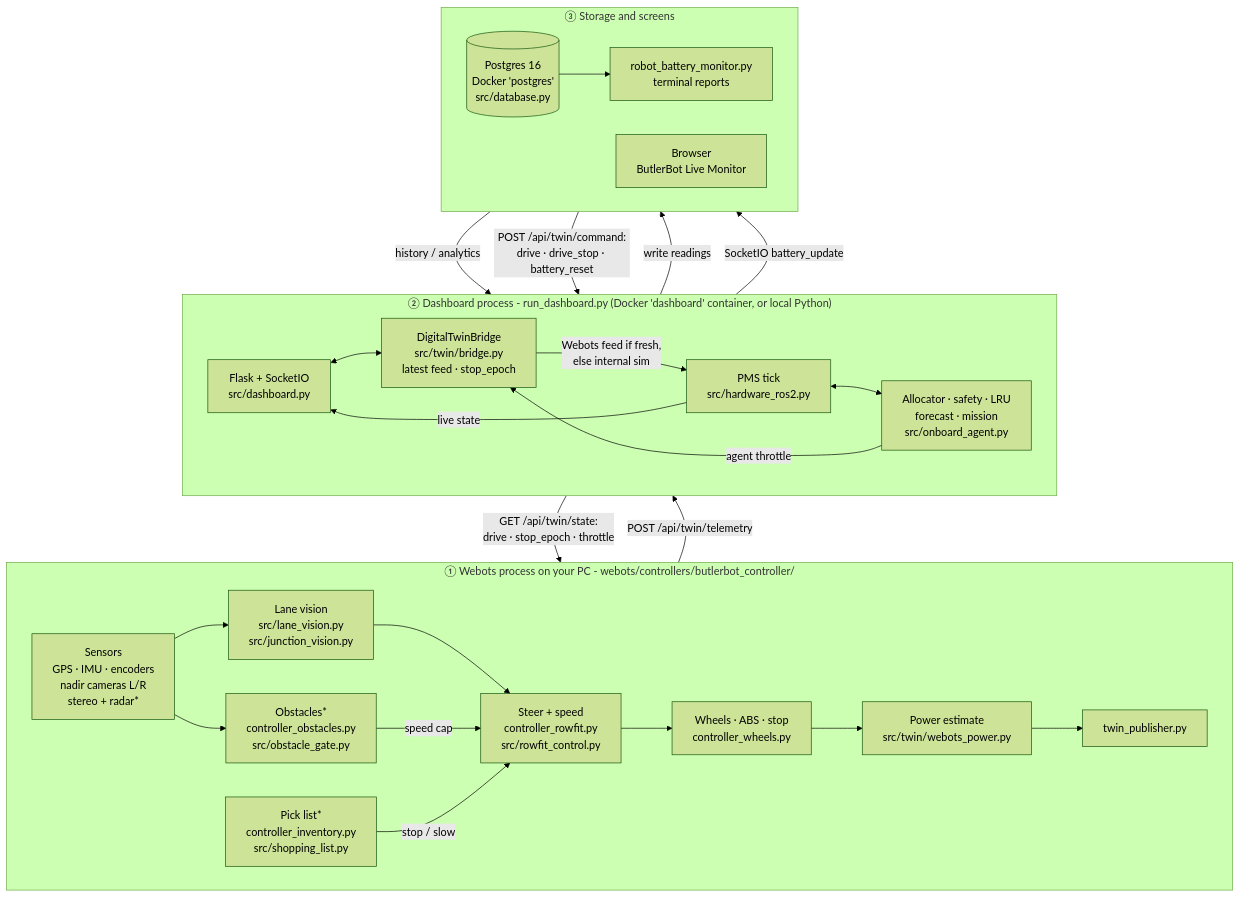
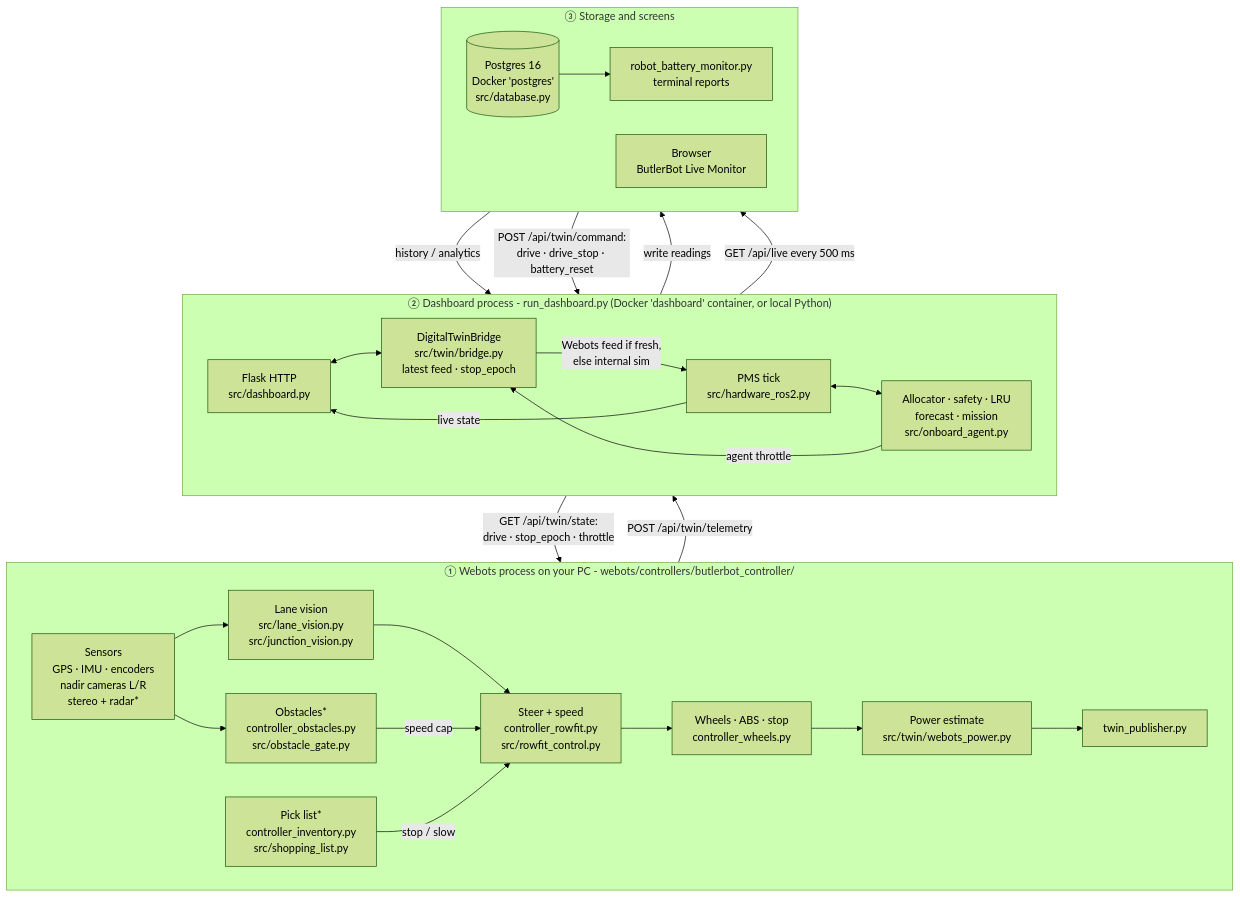
One commit to Daniel7505/robot-battery-monitor changed the third of 7 diagrams in docs/ARCHITECTURE.md. Above: the diagram before and after it, drawn with Mermaid (forest theme). The commit also changed other lines of this file and 41 other files, not shown here.

````diff
--- a/docs/ARCHITECTURE.md
+++ b/docs/ARCHITECTURE.md
@@ -135,46 +135,46 @@
 ```mermaid
 flowchart TB
     subgraph HOST["① Webots process on your PC - webots/controllers/butlerbot_controller/"]
         direction LR
         SENS["Sensors<br/>GPS · IMU · encoders<br/>nadir cameras L/R<br/>stereo + radar*"]
         VIS["Lane vision<br/>src/lane_vision.py<br/>src/junction_vision.py"]
         OBS["Obstacles*<br/>controller_obstacles.py<br/>src/obstacle_gate.py"]
         INV["Pick list*<br/>controller_inventory.py<br/>src/shopping_list.py"]
         DRIVE["Steer + speed<br/>controller_rowfit.py<br/>src/rowfit_control.py"]
         WHEELS["Wheels · ABS · stop<br/>controller_wheels.py"]
         POWER["Power estimate<br/>src/twin/webots_power.py"]
         PUB["twin_publisher.py"]
         SENS --> VIS --> DRIVE
         SENS --> OBS -- "speed cap" --> DRIVE
         INV -- "stop / slow" --> DRIVE
         DRIVE --> WHEELS --> POWER --> PUB
     end
 
     subgraph APP["② Dashboard process - run_dashboard.py (Docker 'dashboard' container, or local Python)"]
         direction LR
-        API["Flask + SocketIO<br/>src/dashboard.py"]
+        API["Flask HTTP<br/>src/dashboard.py"]
         BRIDGE["DigitalTwinBridge<br/>src/twin/bridge.py<br/>latest feed · stop_epoch"]
         TICK["PMS tick<br/>src/hardware_ros2.py"]
         PMS["Allocator · safety · LRU<br/>forecast · mission<br/>src/onboard_agent.py"]
         API <--> BRIDGE
         BRIDGE -- "Webots feed if fresh,<br/>else internal sim" --> TICK
         TICK <--> PMS
         PMS -- "agent throttle" --> BRIDGE
         TICK -- "live state" --> API
     end
 
     subgraph OUT["③ Storage and screens"]
         direction LR
         DB[("Postgres 16<br/>Docker 'postgres'<br/>src/database.py")]
         BROWSER["Browser<br/>ButlerBot Live Monitor"]
         CLI["robot_battery_monitor.py<br/>terminal reports"]
     end
 
     PUB -- "POST /api/twin/telemetry" --> API
     API -- "GET /api/twin/state:<br/>drive · stop_epoch · throttle" --> PUB
     TICK -- "write readings" --> DB
     DB -- "history / analytics" --> API
     DB --> CLI
-    API -- "SocketIO battery_update" --> BROWSER
+    API -- "GET /api/live every 500 ms" --> BROWSER
     BROWSER -- "POST /api/twin/command:<br/>drive · drive_stop · battery_reset" --> API
 ```
````
